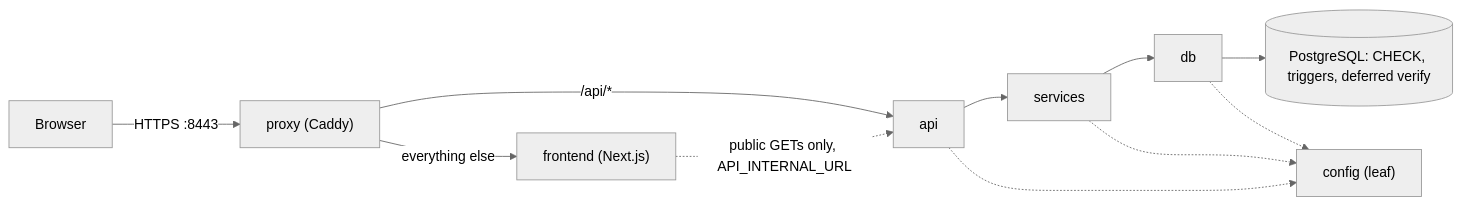
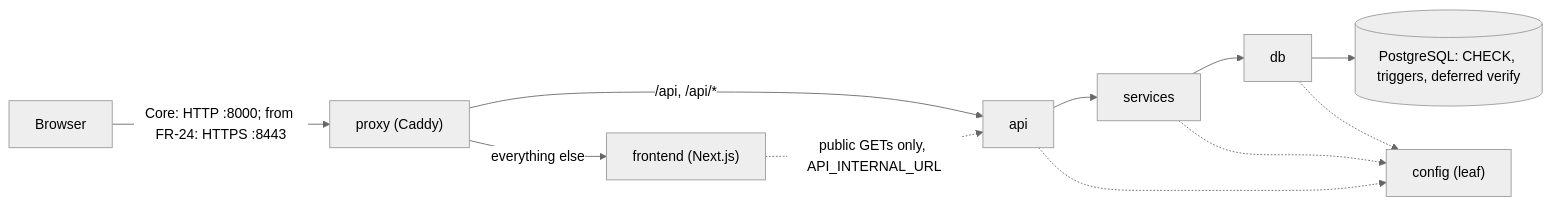
One commit to IBE160-2026/G78-larsen changed the first of 3 diagrams in .docs/planning-artifacts/architecture/architecture-booking-platform-2026-11-03/ARCHITECTURE-SPINE.md. Above: the diagram before and after it, drawn with Mermaid (neutral theme). The commit also changed other lines of this file and 7 other files, not shown here.

````diff
--- a/.docs/planning-artifacts/architecture/architecture-booking-platform-2026-11-03/ARCHITECTURE-SPINE.md
+++ b/.docs/planning-artifacts/architecture/architecture-booking-platform-2026-11-03/ARCHITECTURE-SPINE.md
@@ -36,13 +36,13 @@
 ```mermaid
 flowchart LR
-  B[Browser] -->|"HTTPS :8443"| PX["proxy (Caddy)"]
-  PX -->|"/api/*"| API[api]
+  B[Browser] -->|"Core: HTTP :8000; from FR-24: HTTPS :8443"| PX["proxy (Caddy)"]
+  PX -->|"/api, /api/*"| API[api]
   PX -->|"everything else"| FE["frontend (Next.js)"]
   FE -.->|"public GETs only, API_INTERNAL_URL"| API
   API --> SVC[services]
   SVC --> DB[db]
   DB --> PG[("PostgreSQL: CHECK, triggers, deferred verify")]
   API -.-> CFG["config (leaf)"]
   SVC -.-> CFG
   DB -.-> CFG
 ```
````
